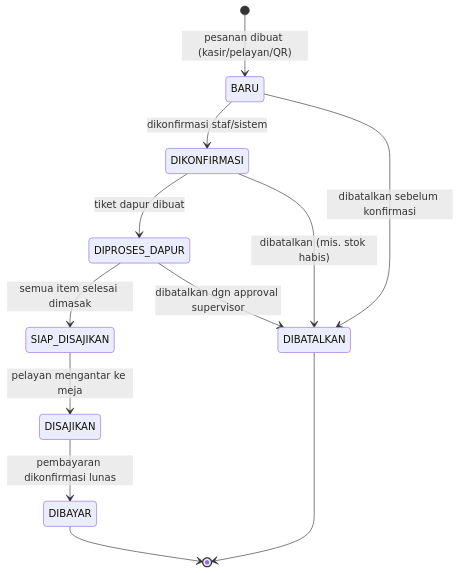
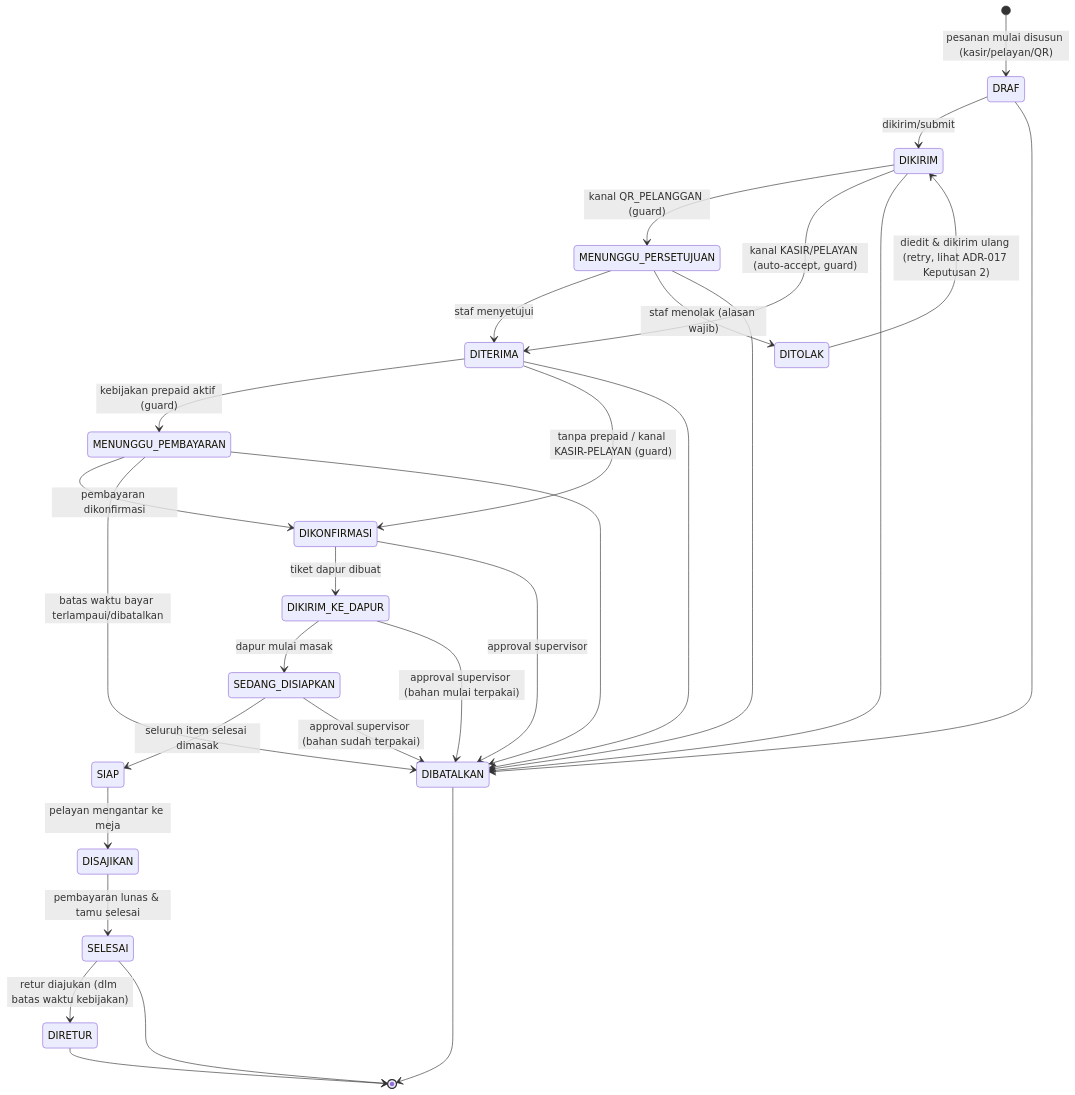
Before and after one commit to Cat-tj/altora-resto: the first of 7 diagrams in docs/arsitektur/STATE-MACHINES.md, drawn with Mermaid. The commit also changed other lines of this file and 6 other files, not shown here.

````diff
--- a/docs/arsitektur/STATE-MACHINES.md
+++ b/docs/arsitektur/STATE-MACHINES.md
@@ -7,14 +13,31 @@
 ```mermaid
 stateDiagram-v2
-    [*] --> BARU: pesanan dibuat (kasir/pelayan/QR)
-    BARU --> DIKONFIRMASI: dikonfirmasi staf/sistem
-    BARU --> DIBATALKAN: dibatalkan sebelum konfirmasi
-    DIKONFIRMASI --> DIPROSES_DAPUR: tiket dapur dibuat
-    DIPROSES_DAPUR --> SIAP_DISAJIKAN: semua item selesai dimasak
-    SIAP_DISAJIKAN --> DISAJIKAN: pelayan mengantar ke meja
-    DISAJIKAN --> DIBAYAR: pembayaran dikonfirmasi lunas
-    DIKONFIRMASI --> DIBATALKAN: dibatalkan (mis. stok habis)
-    DIPROSES_DAPUR --> DIBATALKAN: dibatalkan dgn approval supervisor
-    DIBAYAR --> [*]
+    [*] --> DRAF: pesanan mulai disusun (kasir/pelayan/QR)
+    DRAF --> DIKIRIM: dikirim/submit
+    DIKIRIM --> MENUNGGU_PERSETUJUAN: kanal QR_PELANGGAN (guard)
+    DIKIRIM --> DITERIMA: kanal KASIR/PELAYAN (auto-accept, guard)
+    MENUNGGU_PERSETUJUAN --> DITERIMA: staf menyetujui
+    MENUNGGU_PERSETUJUAN --> DITOLAK: staf menolak (alasan wajib)
+    DITOLAK --> DIKIRIM: diedit & dikirim ulang (retry, lihat ADR-017 Keputusan 2)
+    DITERIMA --> MENUNGGU_PEMBAYARAN: kebijakan prepaid aktif (guard)
+    DITERIMA --> DIKONFIRMASI: tanpa prepaid / kanal KASIR-PELAYAN (guard)
+    MENUNGGU_PEMBAYARAN --> DIKONFIRMASI: pembayaran dikonfirmasi
+    MENUNGGU_PEMBAYARAN --> DIBATALKAN: batas waktu bayar terlampaui/dibatalkan
+    DIKONFIRMASI --> DIKIRIM_KE_DAPUR: tiket dapur dibuat
+    DIKIRIM_KE_DAPUR --> SEDANG_DISIAPKAN: dapur mulai masak
+    SEDANG_DISIAPKAN --> SIAP: seluruh item selesai dimasak
+    SIAP --> DISAJIKAN: pelayan mengantar ke meja
+    DISAJIKAN --> SELESAI: pembayaran lunas & tamu selesai
+    SELESAI --> DIRETUR: retur diajukan (dlm batas waktu kebijakan)
+    DRAF --> DIBATALKAN
+    DIKIRIM --> DIBATALKAN
+    MENUNGGU_PERSETUJUAN --> DIBATALKAN
+    DITERIMA --> DIBATALKAN
+    MENUNGGU_PEMBAYARAN --> DIBATALKAN
+    DIKONFIRMASI --> DIBATALKAN: approval supervisor
+    DIKIRIM_KE_DAPUR --> DIBATALKAN: approval supervisor (bahan mulai terpakai)
+    SEDANG_DISIAPKAN --> DIBATALKAN: approval supervisor (bahan sudah terpakai)
+    SELESAI --> [*]
     DIBATALKAN --> [*]
+    DIRETUR --> [*]
 ```
````
